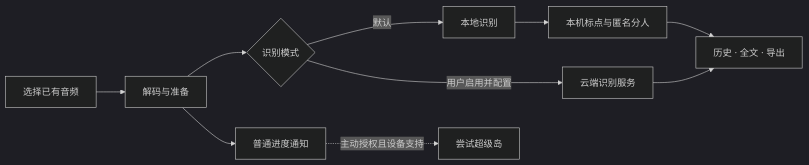
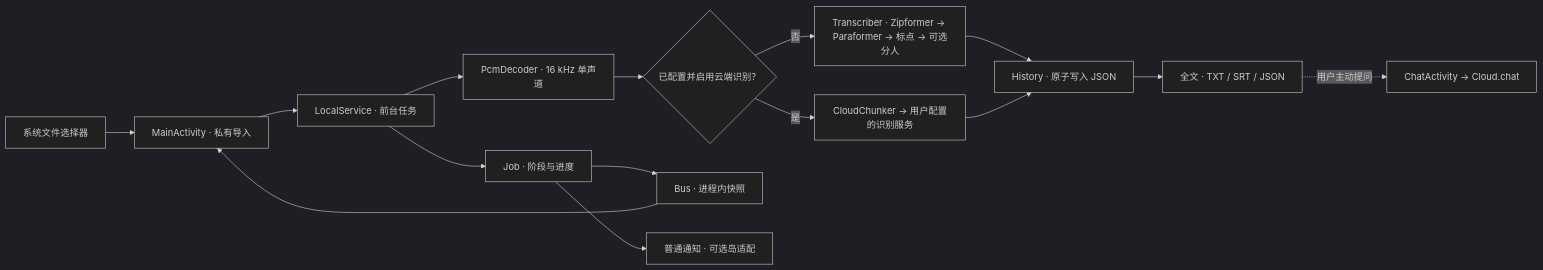
One commit to zy839971925-zyy/tingxiejian-android changed the diagram in README.md. Above: the diagram before and after it, drawn with Mermaid (dark theme). The commit also changed other lines of this file and 1 other file, not shown here.

Commit message:
Document end-to-end usage and native architecture

````diff
--- a/README.md
+++ b/README.md
@@ -53,12 +138,17 @@
 ```mermaid
 flowchart LR
-    A[选择已有音频] --> B[解码与准备]
-    B --> C{识别模式}
-    C -->|默认| D[本地识别]
-    C -->|用户启用并配置| E[云端识别服务]
-    D --> F[本机标点与匿名分人]
-    F --> G[历史 · 全文 · 导出]
-    E --> G
-    B --> N[普通进度通知]
-    N -.主动授权且设备支持.-> I[尝试超级岛]
+    Picker[系统文件选择器] --> Main[MainActivity · 私有导入]
+    Main --> Service[LocalService · 前台任务]
+    Service --> Decoder[PcmDecoder · 16 kHz 单声道]
+    Decoder --> Branch{已配置并启用云端识别？}
+    Branch -->|否| Local[Transcriber · Zipformer → Paraformer → 标点 → 可选分人]
+    Branch -->|是| Remote[CloudChunker → 用户配置的识别服务]
+    Local --> Saved[History · 原子写入 JSON]
+    Remote --> Saved
+    Service --> Job[Job · 阶段与进度]
+    Job --> Bus[Bus · 进程内快照]
+    Job --> Notice[普通通知 · 可选岛适配]
+    Saved --> Result[全文 · TXT / SRT / JSON]
+    Bus --> Main
+    Result -.用户主动提问.-> Chat[ChatActivity → Cloud.chat]
 ```
````
